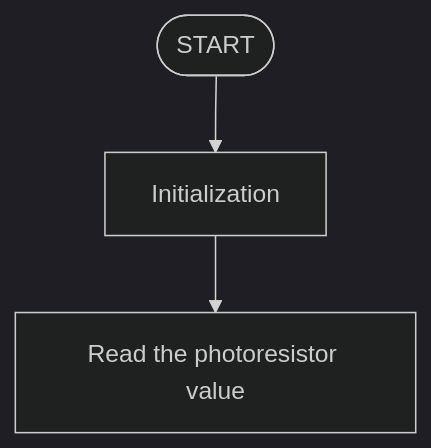
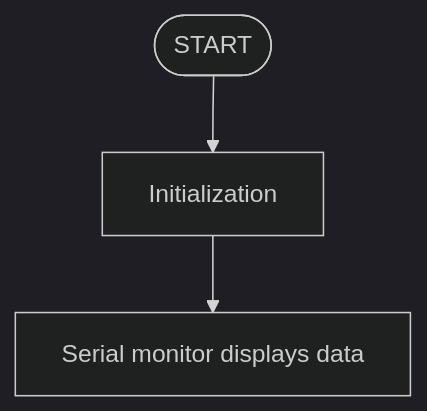
Before and after one commit to keyestudio/KS0597-: the second of 6 diagrams in docs/4.Arduino Projects/4.3 Projects/Project 1.md, drawn with Mermaid (dark theme).

Commit message:
2025年09月17日 周三 14:42:14.54

````diff
--- a/docs/4.Arduino Projects/4.3 Projects/Project 1.md
+++ b/docs/4.Arduino Projects/4.3 Projects/Project 1.md
@@ -361,7 +361,7 @@
 ```mermaid
 graph TD
     A([START]) --> B[Initialization]
-    B --> C[Read the photoresistor value]
+    B --> C[Serial monitor displays data]
     
    
 ```
````
